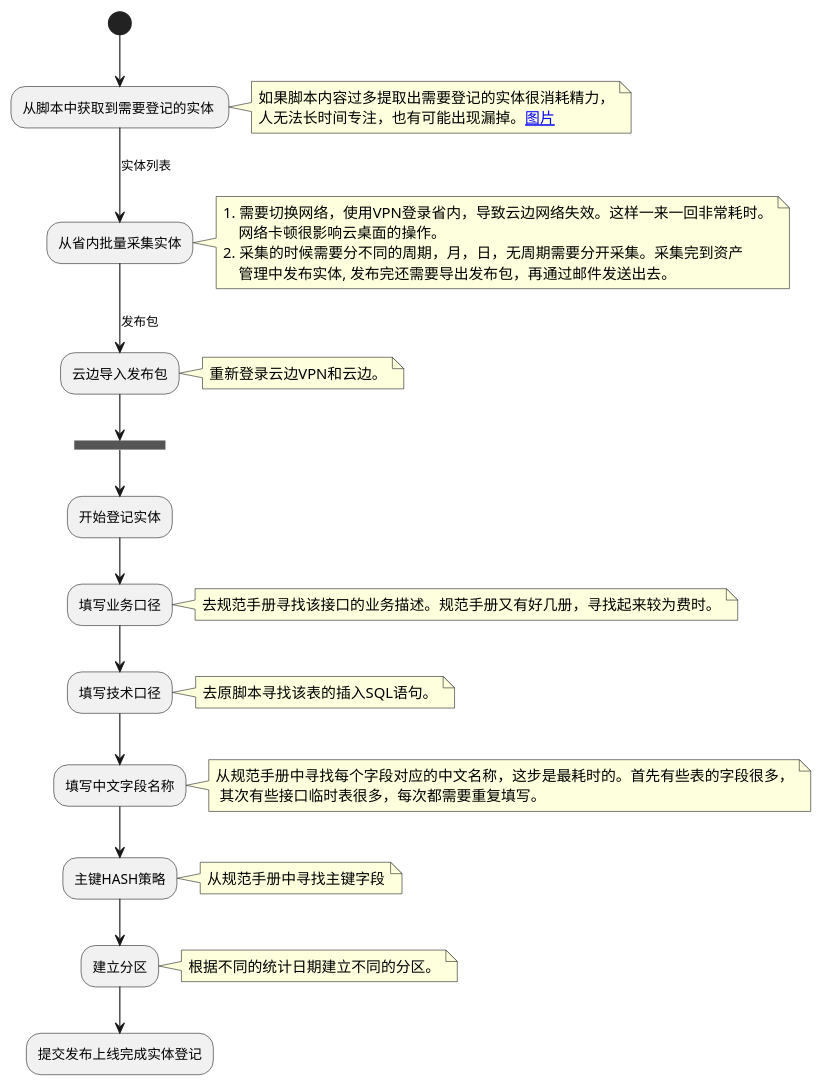
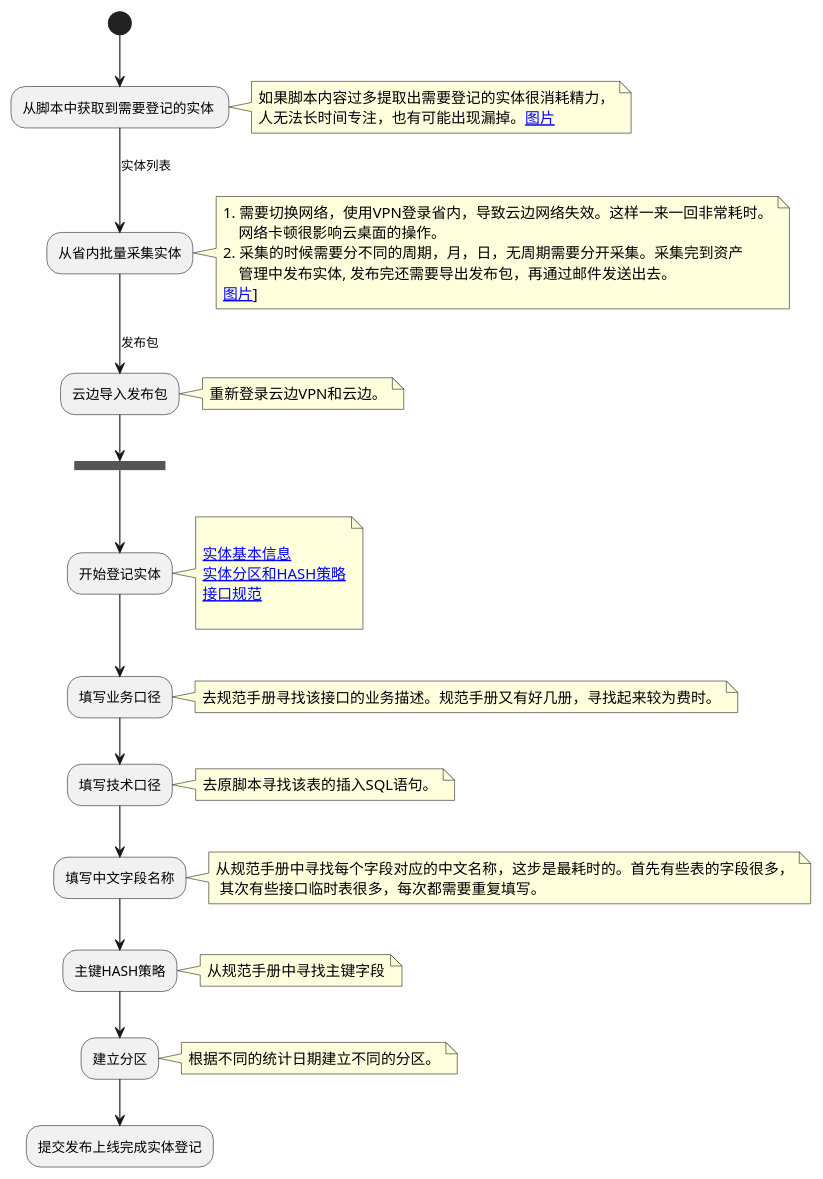
One commit to qifan777/qifan-blog-vuepress2 changed the diagram in docs/knowledge/newland/entity_register_activity.puml. Above: the diagram before and after it, drawn with PlantUML. The commit also changed other lines of this file and 28 other files, not shown here.

```diff
--- a/docs/knowledge/newland/entity_register_activity.puml
+++ b/docs/knowledge/newland/entity_register_activity.puml
@@ -1,33 +1,42 @@
 @startuml
 (*)--> "从脚本中获取到需要登记的实体 "
 note right
 如果脚本内容过多提取出需要登记的实体很消耗精力，
-人无法长时间专注，也有可能出现漏掉。[[https://www.jarcheng.top/knowledge/newland/img.png 图片]]
+人无法长时间专注，也有可能出现漏掉。[[http://localhost:8081/@fs/D:\workplace\code\opensource\qifan-blog-vuepress2\docs\knowledge\newland\img.png 图片]]
 end note
 -->[实体列表] 从省内批量采集实体
 note right
 1. 需要切换网络，使用VPN登录省内，导致云边网络失效。这样一来一回非常耗时。
     网络卡顿很影响云桌面的操作。
 2. 采集的时候需要分不同的周期，月，日，无周期需要分开采集。采集完到资产
     管理中发布实体, 发布完还需要导出发布包，再通过邮件发送出去。
+[[http://localhost:8081/@fs/D:\workplace\code\opensource\qifan-blog-vuepress2\docs\knowledge\newland\img_2.png 图片]]]
 end note
 --> [发布包]云边导入发布包
 note right: 重新登录云边VPN和云边。
 --> === s1 ===
 --> 开始登记实体
+note right
+
+[[http://localhost:8081/@fs/D:\workplace\code\opensource\qifan-blog-vuepress2\docs\knowledge\newland\img_4.png 实体基本信息]]
+[[http://localhost:8081/@fs/D:\workplace\code\opensource\qifan-blog-vuepress2\docs\knowledge\newland\img_5.png 实体分区和HASH策略]]
+[[http://localhost:8081/@fs/D:\workplace\code\opensource\qifan-blog-vuepress2\docs\knowledge\newland\img_3.png 接口规范]]
+
+end note
+
 --> 填写业务口径
 note right: 去规范手册寻找该接口的业务描述。规范手册又有好几册，寻找起来较为费时。
 --> 填写技术口径
 note right: 去原脚本寻找该表的插入SQL语句。
 --> 填写中文字段名称
 note right
 从规范手册中寻找每个字段对应的中文名称，这步是最耗时的。首先有些表的字段很多，
  其次有些接口临时表很多，每次都需要重复填写。
 end note
 --> 主键HASH策略
 note right: 从规范手册中寻找主键字段
 --> 建立分区
 note right: 根据不同的统计日期建立不同的分区。
 --> 提交发布上线完成实体登记
 
 @enduml
```
